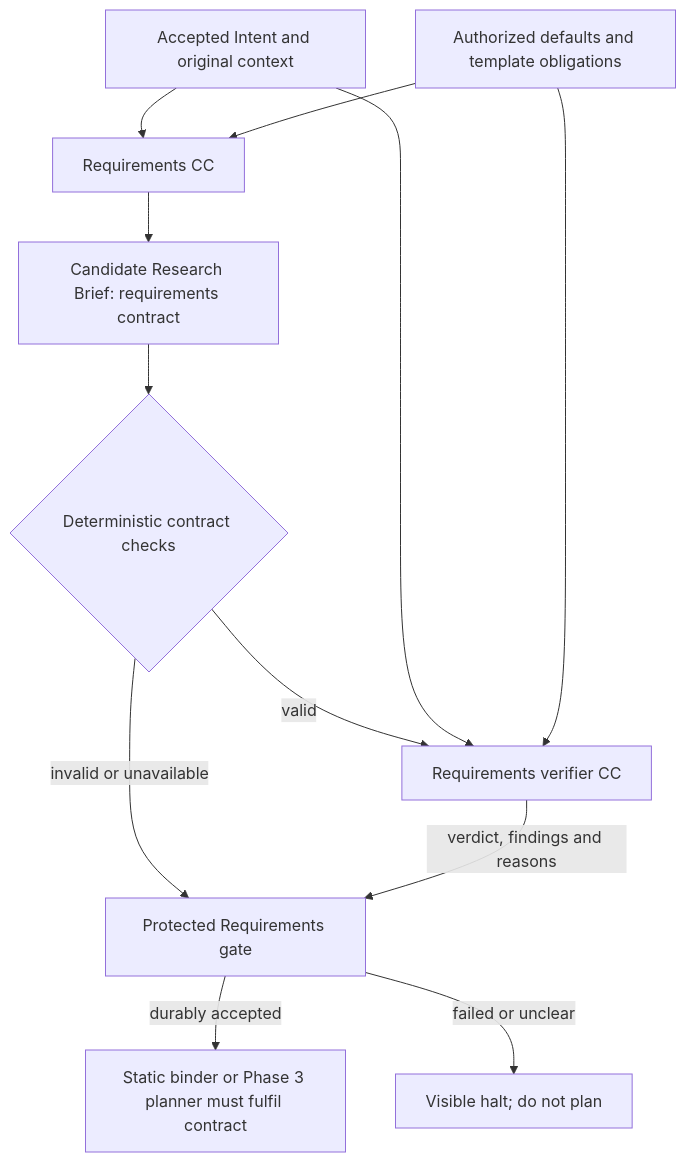
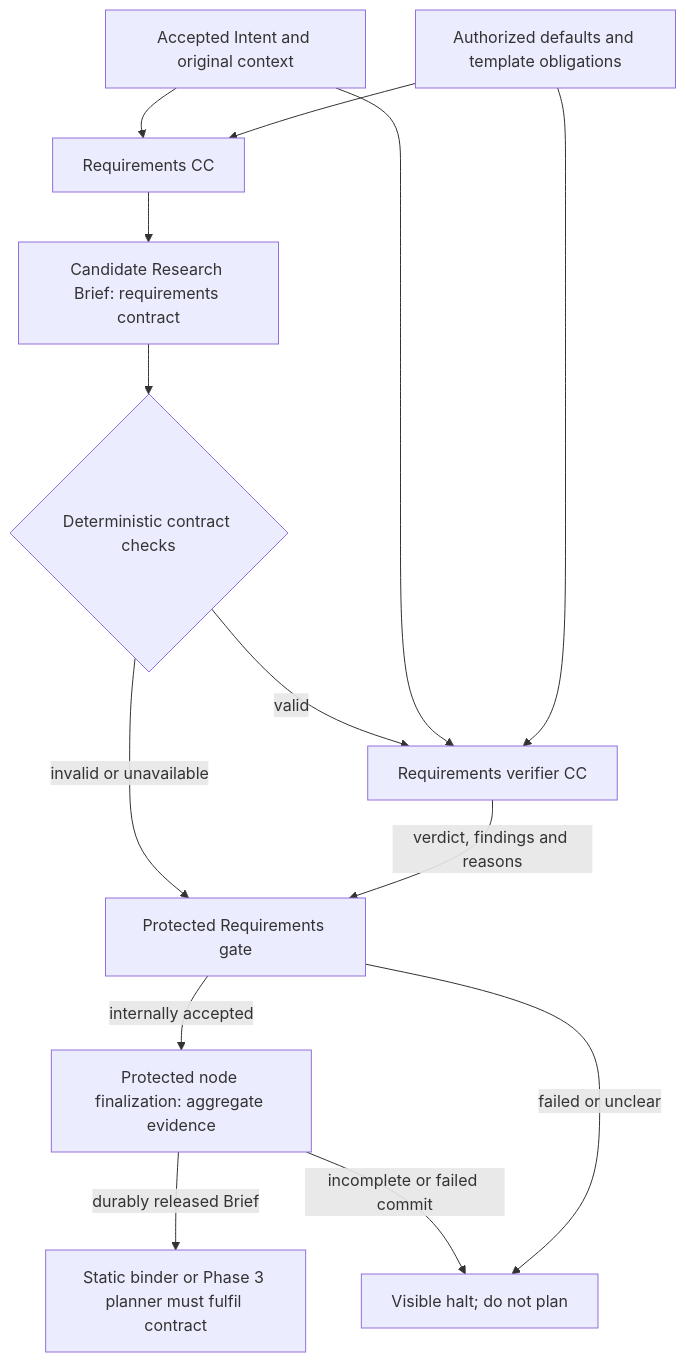
Before and after one commit to Stellven/jiuwenswarm: the second of 2 diagrams in docs/architecture/design-package-compact/intent-design.md, drawn with Mermaid. The commit also changed other lines of this file and 285 other files, not shown here.

````diff
--- a/docs/architecture/design-package-compact/intent-design.md
+++ b/docs/architecture/design-package-compact/intent-design.md
@@ -42,14 +44,16 @@
 ```mermaid
 flowchart TB
     I[Accepted Intent and original context] --> R[Requirements CC]
     Policy[Authorized defaults and template obligations] --> R
     R --> Brief[Candidate Research Brief: requirements contract]
     Brief --> D{Deterministic contract checks}
     D -->|valid| V[Requirements verifier CC]
     D -->|invalid or unavailable| G[Protected Requirements gate]
     I --> V
     Policy --> V
     V -->|verdict, findings and reasons| G
-    G -->|durably accepted| P[Static binder or Phase 3 planner must fulfil contract]
+    G -->|internally accepted| NG[Protected node finalization: aggregate evidence]
+    NG -->|durably released Brief| P[Static binder or Phase 3 planner must fulfil contract]
+    NG -->|incomplete or failed commit| H
     G -->|failed or unclear| H[Visible halt; do not plan]
 ```
````
